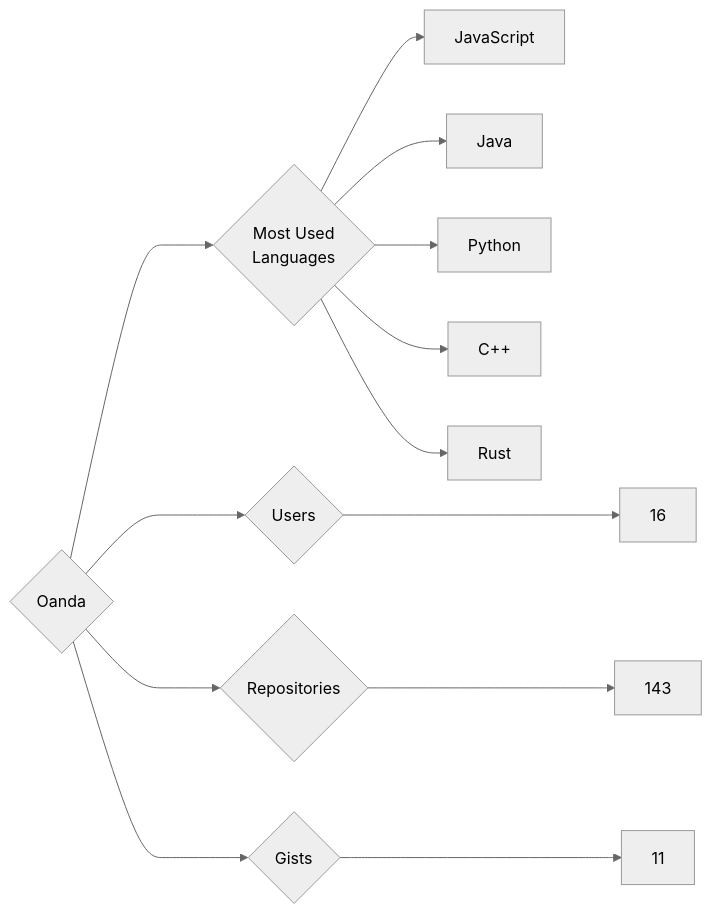
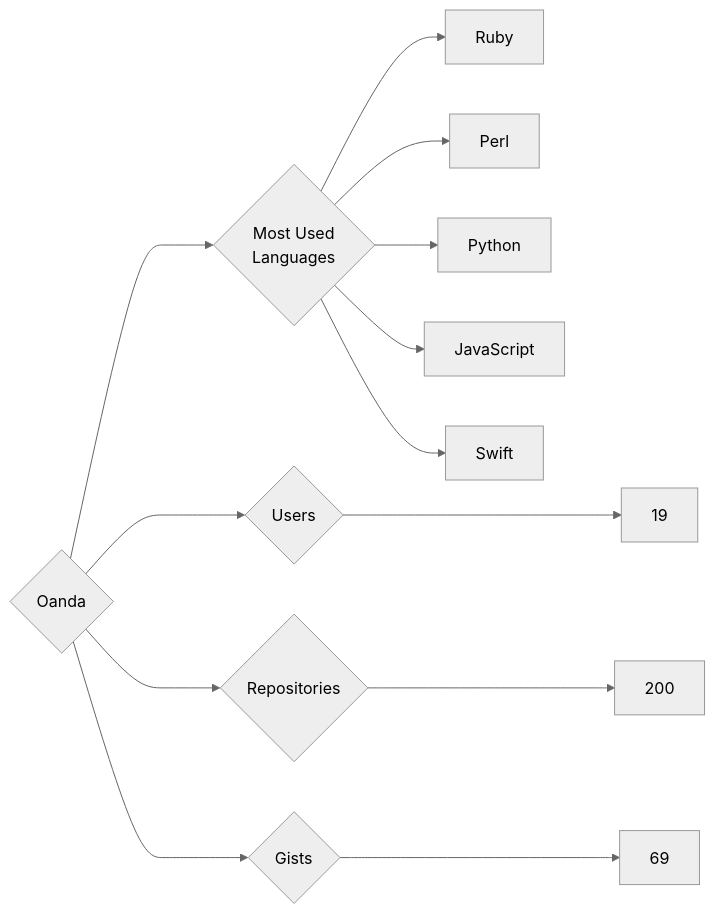
The diagram in targets/Oanda/README.md (trickest/insiders), drawn with Mermaid (neutral theme) before and after one commit. The commit also changed 871 other files, not shown here.

````diff
--- a/targets/Oanda/README.md
+++ b/targets/Oanda/README.md
@@ -3,13 +3,13 @@
 ```mermaid
 graph LR
 COMPANY_NAME{Oanda}
-COMPANY_NAME ---> U{Users} ---> UN[16]
-COMPANY_NAME ---> R{Repositories} ---> RN[143]
-COMPANY_NAME ---> G{Gists} ---> GN[11]
+COMPANY_NAME ---> U{Users} ---> UN[19]
+COMPANY_NAME ---> R{Repositories} ---> RN[200]
+COMPANY_NAME ---> G{Gists} ---> GN[69]
 COMPANY_NAME ---> ML{Most Used<br>Languages}
+ML --> Ruby[Ruby]
+ML --> Perl[Perl]
+ML --> Python[Python]
 ML --> JavaScript[JavaScript]
-ML --> Java[Java]
-ML --> Python[Python]
-ML --> C++[C++]
-ML --> Rust[Rust]
+ML --> Swift[Swift]
 ```
````
